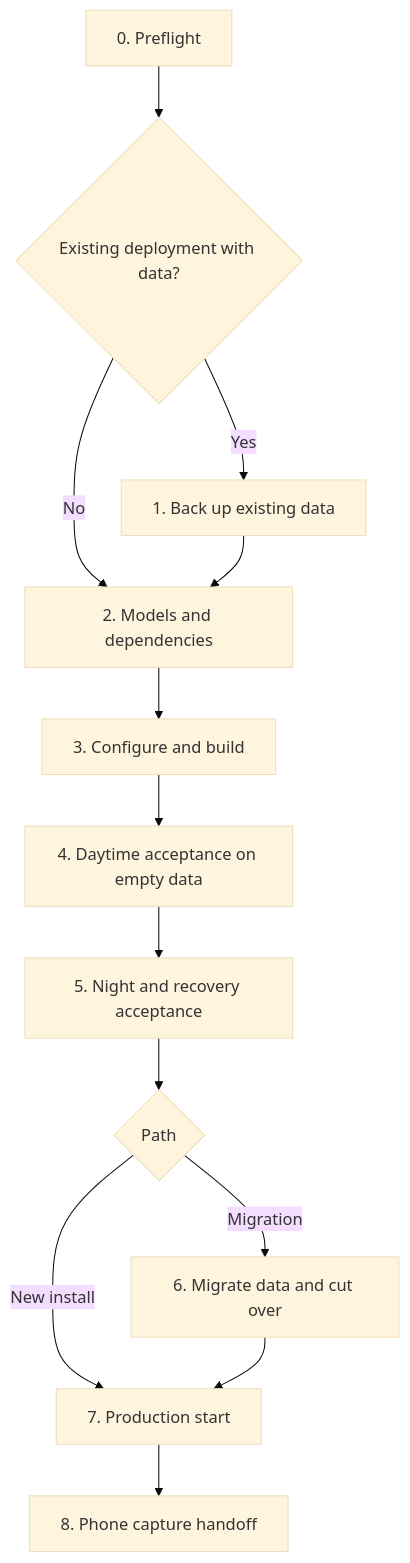
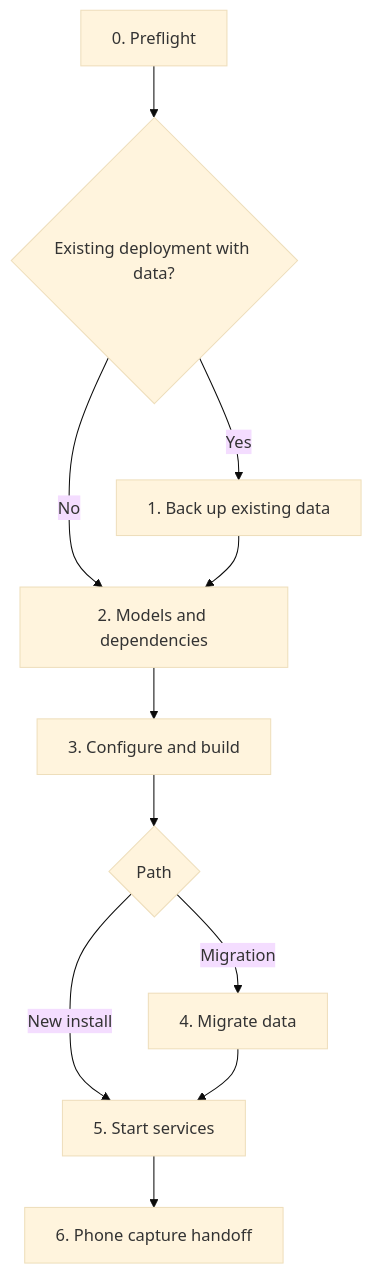
The diagram in docs/agent-runbook.md (okou-ai/eleagent), drawn with Mermaid (base theme) before and after one commit. The commit also changed other lines of this file and 2 other files, not shown here.

Commit message:
docs: drop acceptance phases from the agent runbook

````diff
--- a/docs/agent-runbook.md
+++ b/docs/agent-runbook.md
@@ -31,15 +30,13 @@
 ```mermaid
 flowchart TD
     P0[0. Preflight] --> Q{Existing deployment with data?}
     Q -->|No| P2[2. Models and dependencies]
     Q -->|Yes| P1[1. Back up existing data]
     P1 --> P2
     P2 --> P3[3. Configure and build]
-    P3 --> P4[4. Daytime acceptance on empty data]
-    P4 --> P5[5. Night and recovery acceptance]
-    P5 --> R{Path}
-    R -->|New install| P7[7. Production start]
-    R -->|Migration| P6[6. Migrate data and cut over]
-    P6 --> P7
-    P7 --> P8[8. Phone capture handoff]
+    P3 --> R{Path}
+    R -->|Migration| P4[4. Migrate data]
+    R -->|New install| P5[5. Start services]
+    P4 --> P5
+    P5 --> P6[6. Phone capture handoff]
 ```
````
